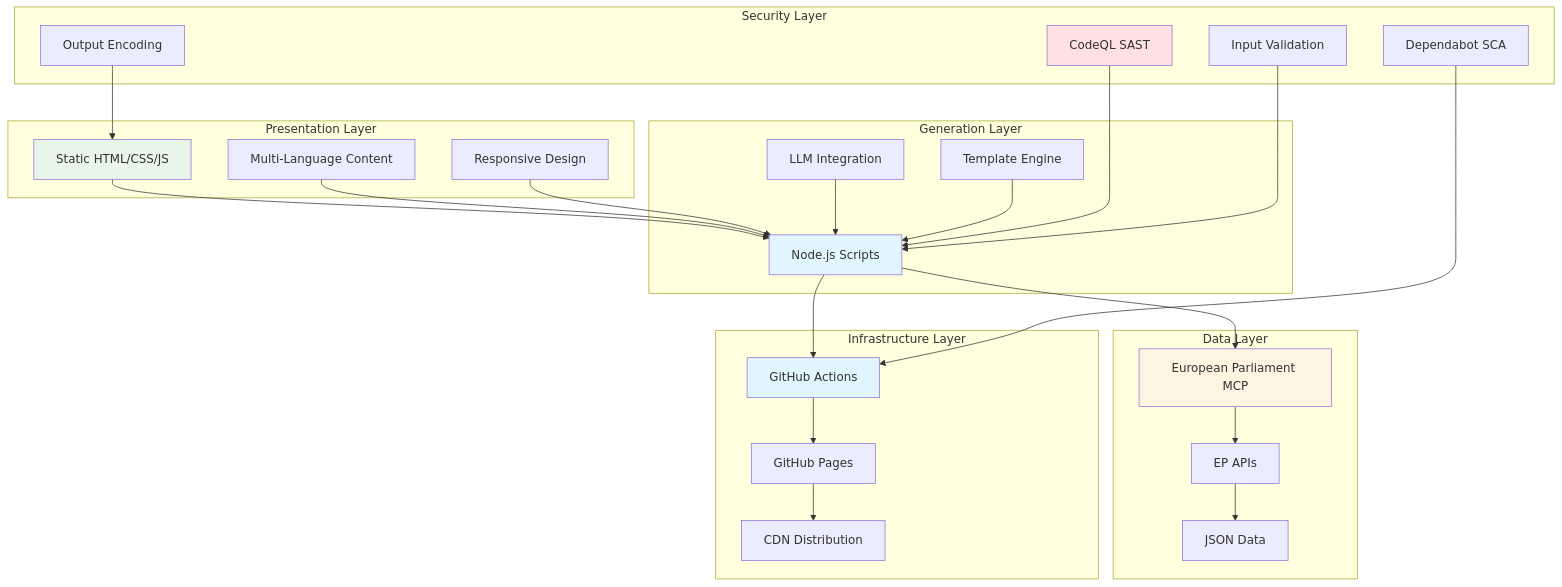
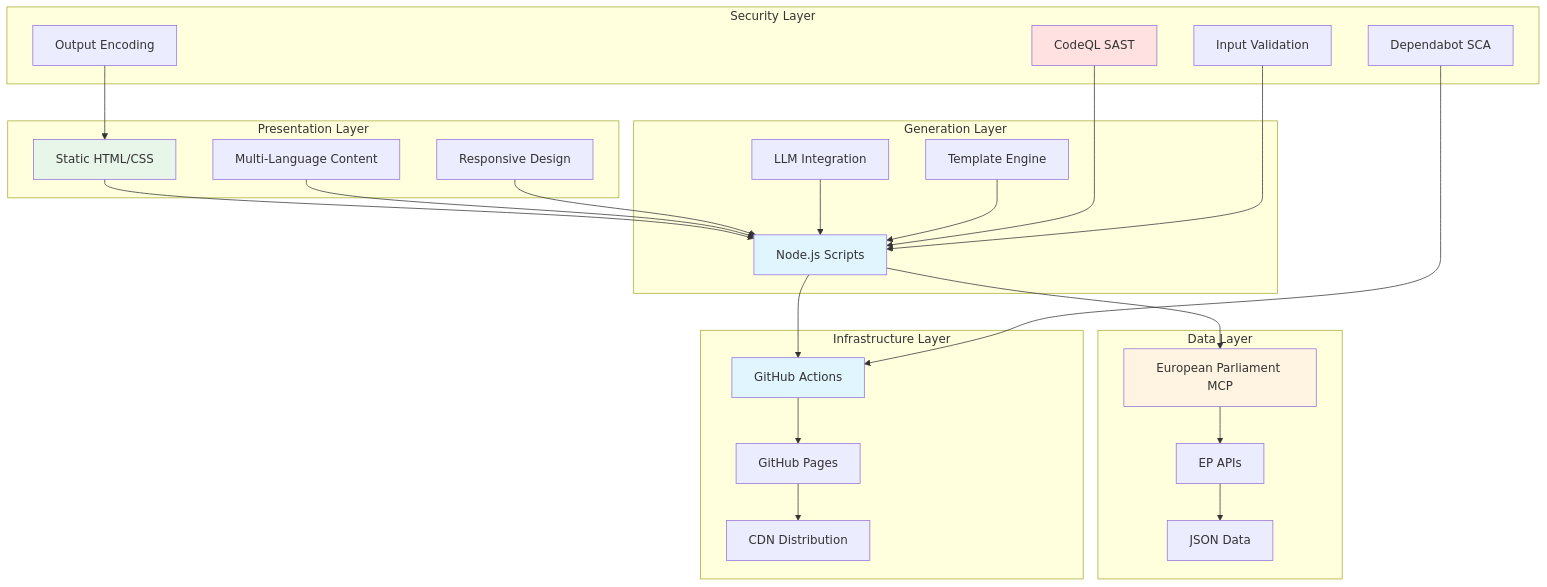
One commit to Hack23/euparliamentmonitor changed the fifth of 12 diagrams in MINDMAP.md. Above: the diagram before and after it, drawn with Mermaid. The commit also changed other lines of this file, not shown here.

First line of the commit message:
fix: correct MINDMAP.md to reflect actual system components

````diff
--- a/MINDMAP.md
+++ b/MINDMAP.md
@@ -454,55 +456,55 @@
 ```mermaid
 graph TB
     subgraph "Presentation Layer"
-        A[Static HTML/CSS/JS]
+        A[Static HTML/CSS]
         B[Multi-Language Content]
         C[Responsive Design]
     end
 
     subgraph "Generation Layer"
         D[Node.js Scripts]
         E[LLM Integration]
         F[Template Engine]
     end
 
     subgraph "Data Layer"
         G[European Parliament MCP]
         H[EP APIs]
         I[JSON Data]
     end
 
     subgraph "Infrastructure Layer"
         J[GitHub Actions]
         K[GitHub Pages]
         L[CDN Distribution]
     end
 
     subgraph "Security Layer"
         M[CodeQL SAST]
         N[Dependabot SCA]
         O[Input Validation]
         P[Output Encoding]
     end
 
     A --> D
     B --> D
     C --> D
     D --> G
     E --> D
     F --> D
     G --> H
     H --> I
     D --> J
     J --> K
     K --> L
     M --> D
     N --> J
     O --> D
     P --> A
 
     style A fill:#e8f5e9
     style D fill:#e1f5ff
     style G fill:#fff4e1
     style J fill:#e1f5ff
     style M fill:#ffe1e1
 ```
````
